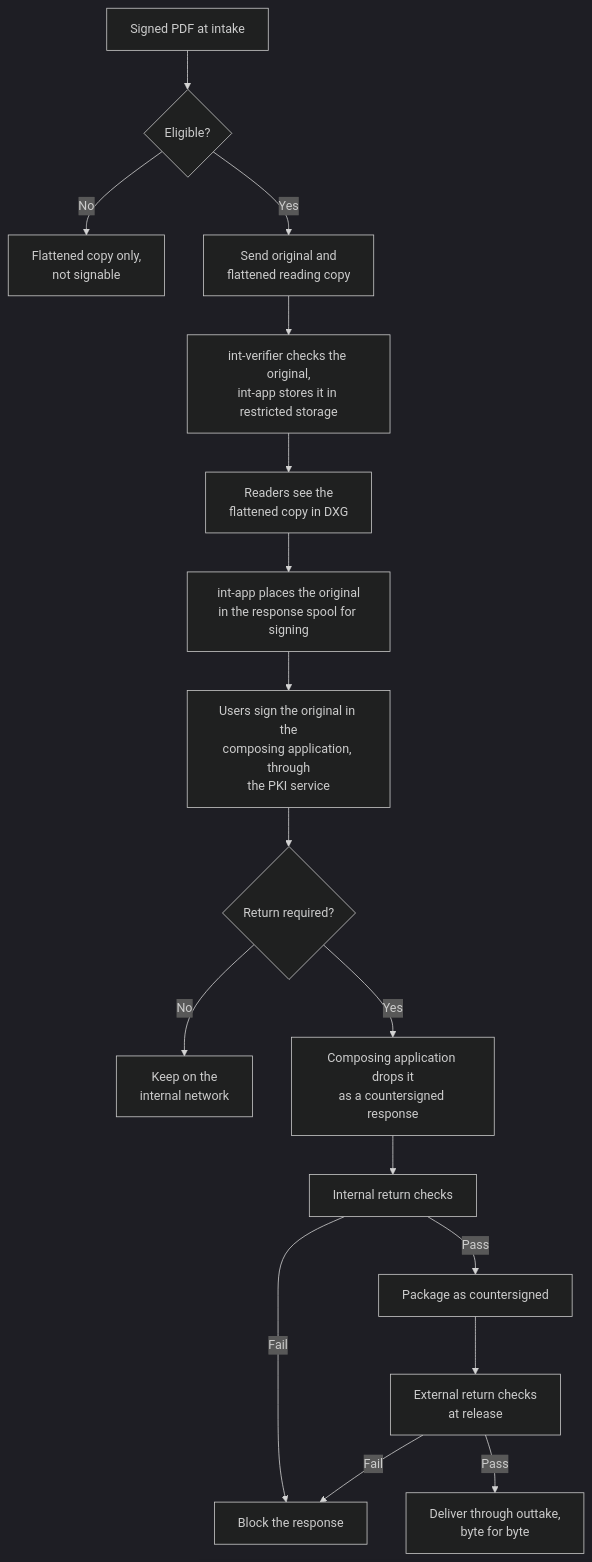
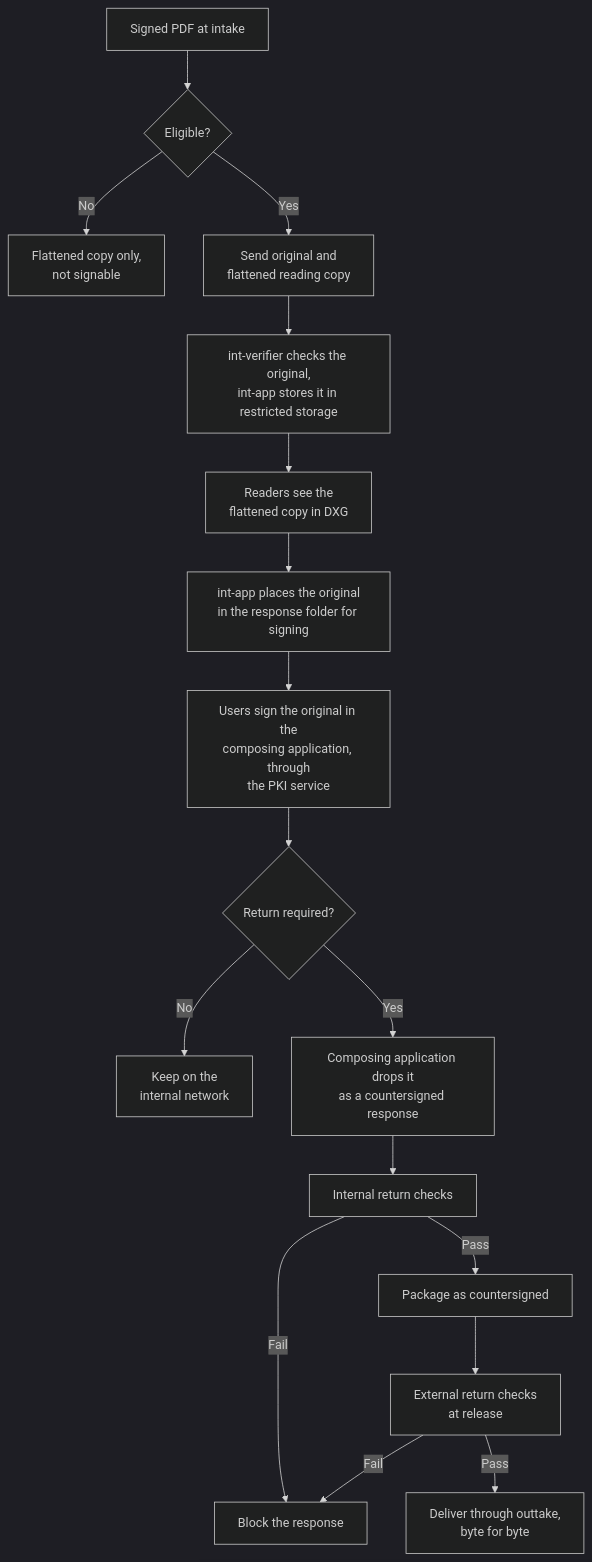
Before and after one commit to tgivslife/dxg-document-gateway: the diagram in document-exchange-signed-pdf-passthrough.md, drawn with Mermaid (dark theme). The commit also changed other lines of this file and 5 other files, not shown here.

````diff
--- a/document-exchange-signed-pdf-passthrough.md
+++ b/document-exchange-signed-pdf-passthrough.md
@@ -66,21 +66,21 @@
 ```mermaid
 flowchart TB
     accDescr: Flow of the optional signed PDF passthrough and return
 
     IN["Signed PDF at intake"] --> ELIGIBLE{"Eligible?"}
     ELIGIBLE -->|"No"| FLAT["Flattened copy only,<br/>not signable"]
     ELIGIBLE -->|"Yes"| SEND["Send original and<br/>flattened reading copy"]
     SEND --> STORE["int-verifier checks the original,<br/>int-app stores it in restricted storage"]
     STORE --> READ["Readers see the<br/>flattened copy in DXG"]
-    READ --> HAND["int-app places the original<br/>in the response spool for signing"]
+    READ --> HAND["int-app places the original<br/>in the response folder for signing"]
     HAND --> SIGN["Users sign the original in the<br/>composing application, through<br/>the PKI service"]
     SIGN --> RETURN{"Return required?"}
     RETURN -->|"No"| KEEP["Keep on the<br/>internal network"]
     RETURN -->|"Yes"| DROP["Composing application drops it<br/>as a countersigned response"]
     DROP --> INTCHECK["Internal return checks"]
     INTCHECK -->|"Fail"| BLOCK["Block the response"]
     INTCHECK -->|"Pass"| PACKAGE["Package as countersigned"]
     PACKAGE --> EXTCHECK["External return checks<br/>at release"]
     EXTCHECK -->|"Pass"| DELIVER["Deliver through outtake,<br/>byte for byte"]
     EXTCHECK -->|"Fail"| BLOCK
 ```
````
